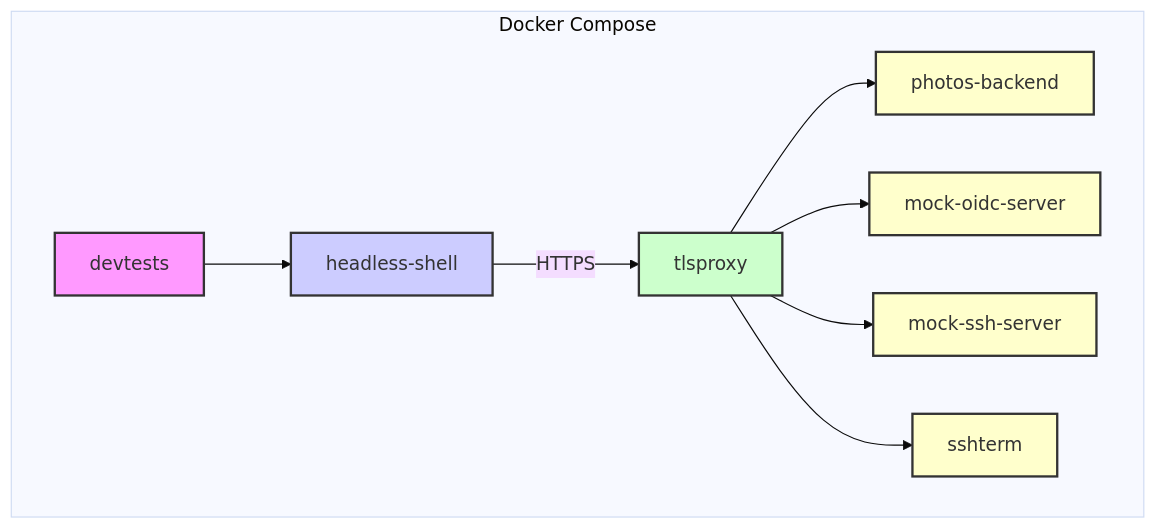
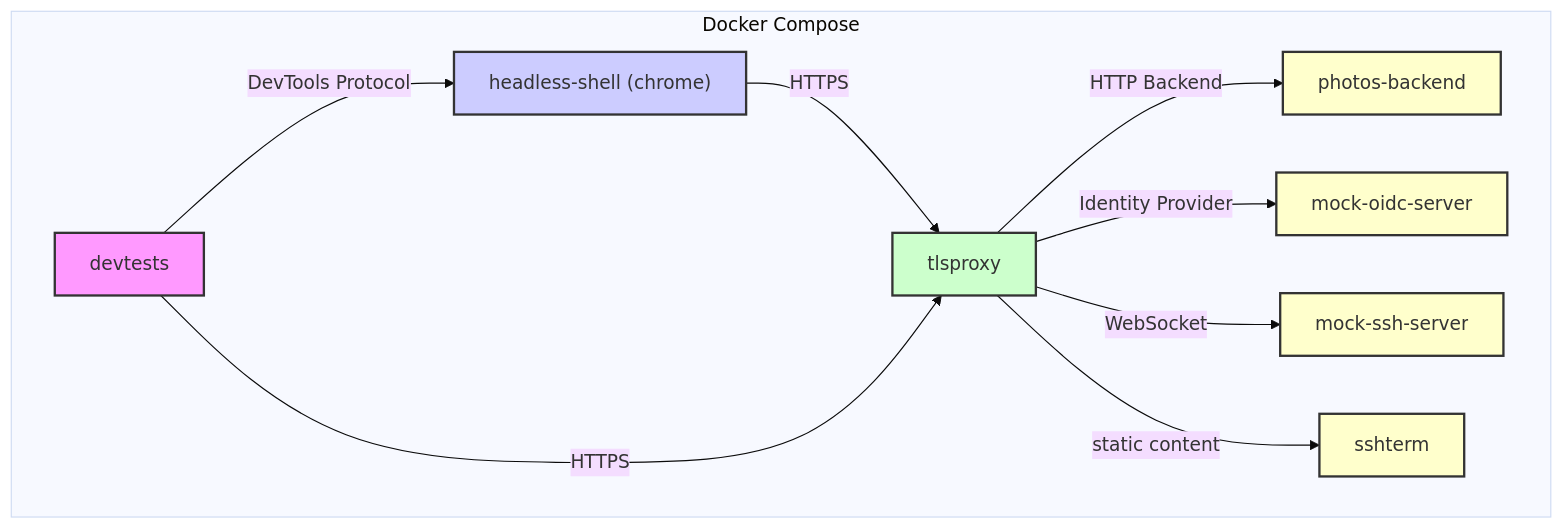
One commit to c2FmZQ/integration-tests changed the diagram in README.md. Above: the diagram before and after it, drawn with Mermaid (base theme).

Commit message:
Enhance Docker Compose diagram in README

````diff
--- a/README.md
+++ b/README.md
@@ -9,19 +9,20 @@
 ```mermaid
 graph TD
     subgraph "Docker Compose"
-        A[devtests] --> B[headless-shell];
+        A[devtests] -->|DevTools Protocol| B["headless-shell (chrome)"];
         B -->|HTTPS| C[tlsproxy];
-        C --> D[photos-backend];
-        C --> E[mock-oidc-server];
-        C --> F[mock-ssh-server];
-        C --> G[sshterm];
+        A -->|HTTPS| C;
+        C -->|HTTP Backend| D[photos-backend];
+        C -->|Identity Provider| E[mock-oidc-server];
+        C -->|WebSocket| F[mock-ssh-server];
+        C -->|static content| G[sshterm];
     end
 
     style A fill:#f9f,stroke:#333,stroke-width:2px
     style B fill:#ccf,stroke:#333,stroke-width:2px
     style C fill:#cfc,stroke:#333,stroke-width:2px
     style D fill:#ffc,stroke:#333,stroke-width:2px
     style E fill:#ffc,stroke:#333,stroke-width:2px
     style F fill:#ffc,stroke:#333,stroke-width:2px
     style G fill:#ffc,stroke:#333,stroke-width:2px
 ```
````
